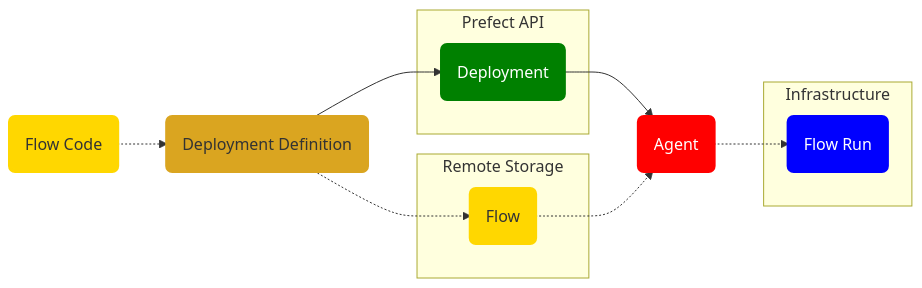
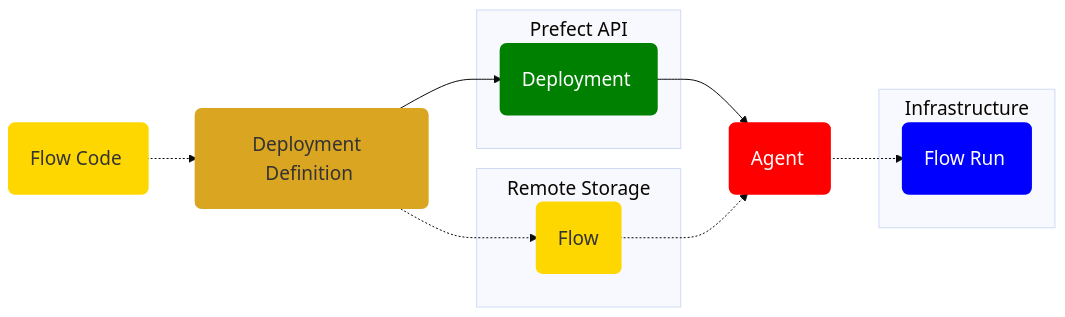
The first of 2 diagrams in docs/concepts/deployments.md (PrefectHQ/prefect), drawn with Mermaid before and after one commit.

Commit message:
Fixed styling of deployments mermaid diagram (#9017)

````diff
--- a/docs/concepts/deployments.md
+++ b/docs/concepts/deployments.md
@@ -31,26 +31,36 @@
 ```mermaid
-graph LR
-    F(Flow Code):::yellow -.-> A(Deployment Definition):::gold
-    subgraph Server [Prefect API]
-    D(Deployment):::green
+%%{
+  init: {
+    'theme': 'base',
+    'themeVariables': {
+      'fontSize': '19px'
+    }
+  }
+}%%
+
+flowchart LR
+    F("<div style='margin: 5px 10px 5px 5px;'>Flow Code</div>"):::yellow -.-> A("<div style='margin: 5px 10px 5px 5px;'>Deployment Definition</div>"):::gold
+    subgraph Server ["<div style='width: 150px; text-align: center; margin-top: 5px;'>Prefect API</div>"]
+        D("<div style='margin: 5px 10px 5px 5px;'>Deployment</div>"):::green
     end
-    subgraph Remote Storage
-    B(Flow):::yellow
+    subgraph Remote Storage ["<div style='width: 160px; text-align: center; margin-top: 5px;'>Remote Storage</div>"]
+        B("<div style='margin: 5px 6px 5px 5px;'>Flow</div>"):::yellow
     end
-    subgraph Infrastructure
-    G(Flow Run):::blue
+    subgraph Infrastructure ["<div style='width: 150px; text-align: center; margin-top: 5px;'>Infrastructure</div>"]
+        G("<div style='margin: 5px 10px 5px 5px;'>Flow Run</div>"):::blue
     end
+
     A --> D
-    D --> E(Agent):::red
+    D --> E("<div style='margin: 5px 10px 5px 5px;'>Agent</div>"):::red
     B -.-> E
     A -.-> B
     E -.-> G
 
     classDef gold fill:goldenrod,stroke:goldenrod,stroke-width:4px
     classDef yellow fill:gold,stroke:gold,stroke-width:4px
     classDef gray fill:lightgray,stroke:lightgray,stroke-width:4px
     classDef blue fill:blue,stroke:blue,stroke-width:4px,color:white
     classDef green fill:green,stroke:green,stroke-width:4px,color:white
     classDef red fill:red,stroke:red,stroke-width:4px,color:white
     classDef dkgray fill:darkgray,stroke:darkgray,stroke-width:4px,color:white
 ```
````
